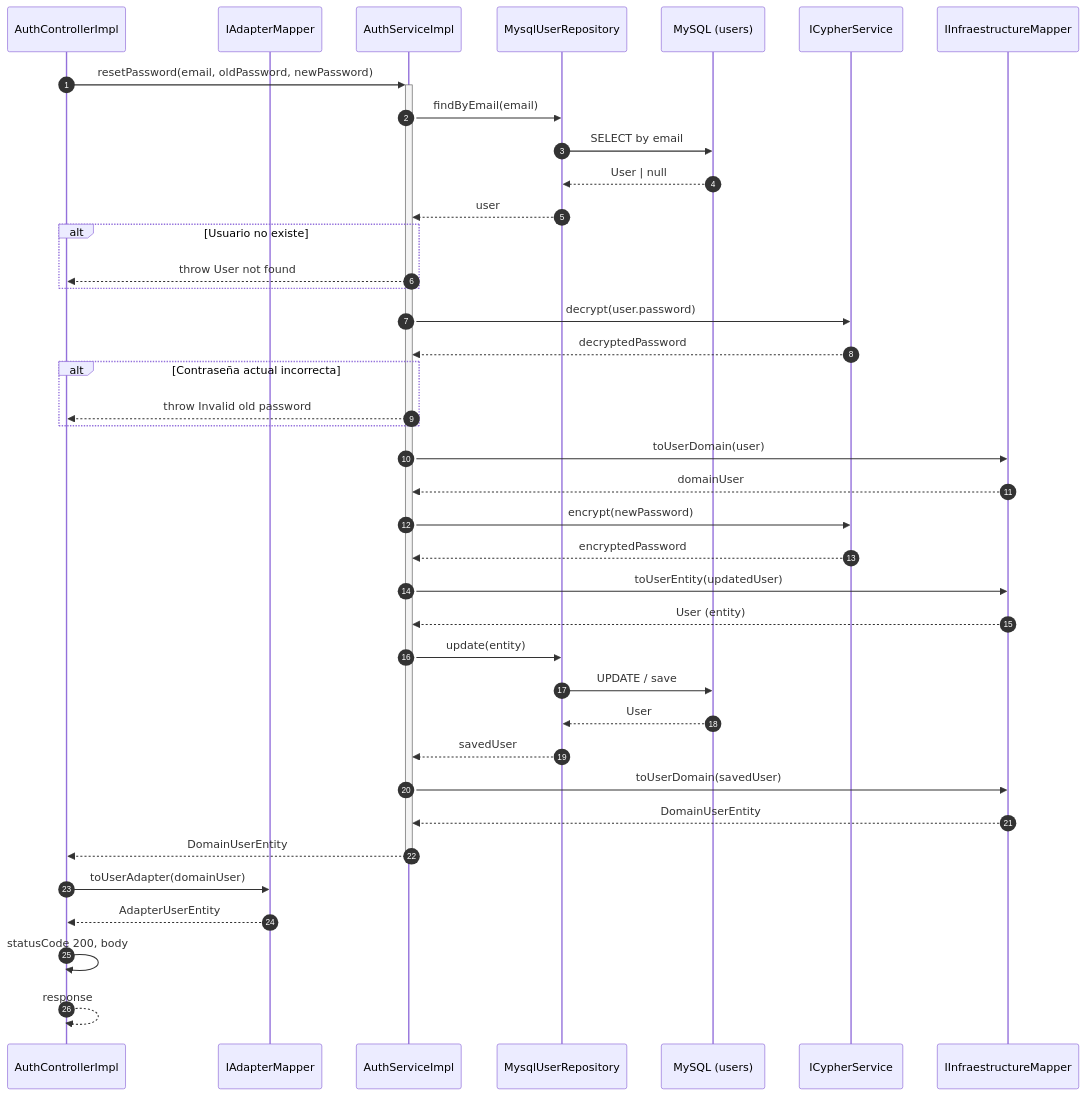
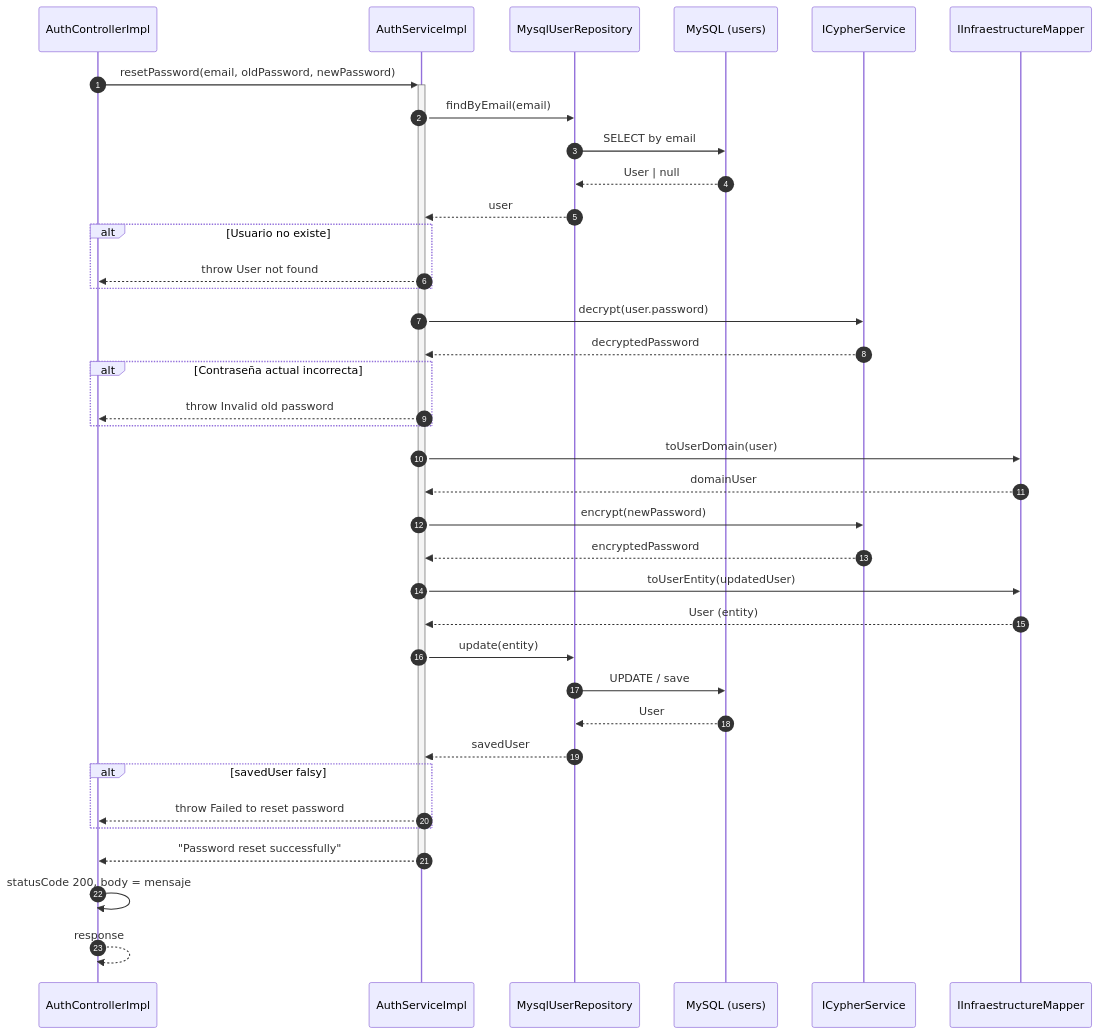
One commit to david-ortegac/ms_rapiserv_auth_lambdas changed the diagram in docs/sequence-reset-password.mmd. Above: the diagram before and after it, drawn with Mermaid. The commit also changed 5 other files, not shown here.

Commit message:
🚸 Change reponse from reset password

```diff
--- a/docs/sequence-reset-password.mmd
+++ b/docs/sequence-reset-password.mmd
@@ -1,43 +1,42 @@
 %% Secuencia - Reset password (POST /reset-password)
 %% Requiere: email, oldPassword, newPassword (validación de contraseña actual)
+%% Retorna: mensaje string (ej. "Password reset successfully"), no entidad usuario
 
 sequenceDiagram
     autonumber
     participant Ctrl as AuthControllerImpl
-    participant Mapper as IAdapterMapper
     participant Svc as AuthServiceImpl
     participant Repo as MysqlUserRepository
     participant DB as MySQL (users)
     participant Cypher as ICypherService
     participant InfraMap as IInfraestructureMapper
 
     Ctrl->>+Svc: resetPassword(email, oldPassword, newPassword)
     Svc->>Repo: findByEmail(email)
     Repo->>DB: SELECT by email
     DB-->>Repo: User | null
     Repo-->>Svc: user
     alt Usuario no existe
         Svc-->>Ctrl: throw User not found
     end
     Svc->>Cypher: decrypt(user.password)
     Cypher-->>Svc: decryptedPassword
     alt Contraseña actual incorrecta
         Svc-->>Ctrl: throw Invalid old password
     end
     Svc->>InfraMap: toUserDomain(user)
     InfraMap-->>Svc: domainUser
     Svc->>Cypher: encrypt(newPassword)
     Cypher-->>Svc: encryptedPassword
     Svc->>InfraMap: toUserEntity(updatedUser)
     InfraMap-->>Svc: User (entity)
     Svc->>Repo: update(entity)
     Repo->>DB: UPDATE / save
     DB-->>Repo: User
     Repo-->>Svc: savedUser
-    Svc->>InfraMap: toUserDomain(savedUser)
-    InfraMap-->>Svc: DomainUserEntity
-    Svc-->>-Ctrl: DomainUserEntity
-    Ctrl->>Mapper: toUserAdapter(domainUser)
-    Mapper-->>Ctrl: AdapterUserEntity
-    Ctrl->>Ctrl: statusCode 200, body
+    alt savedUser falsy
+        Svc-->>Ctrl: throw Failed to reset password
+    end
+    Svc-->>-Ctrl: "Password reset successfully"
+    Ctrl->>Ctrl: statusCode 200, body = mensaje
     Ctrl-->>Ctrl: response
```
